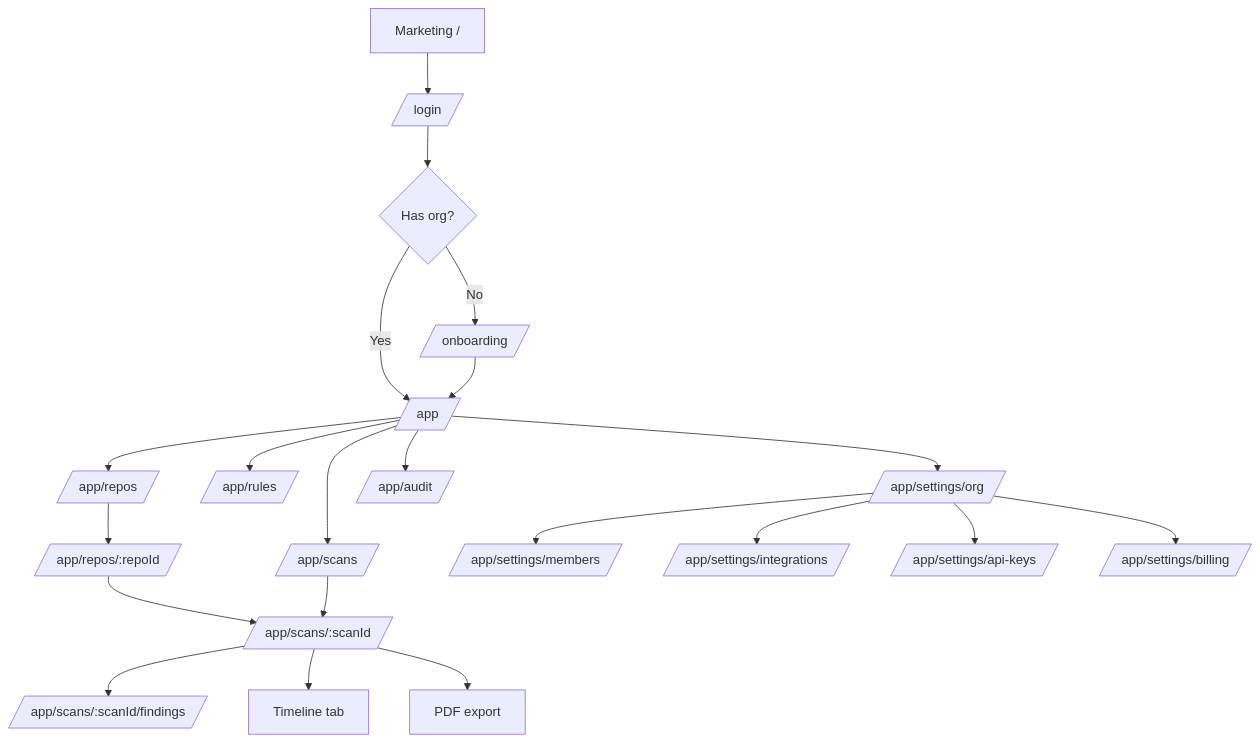
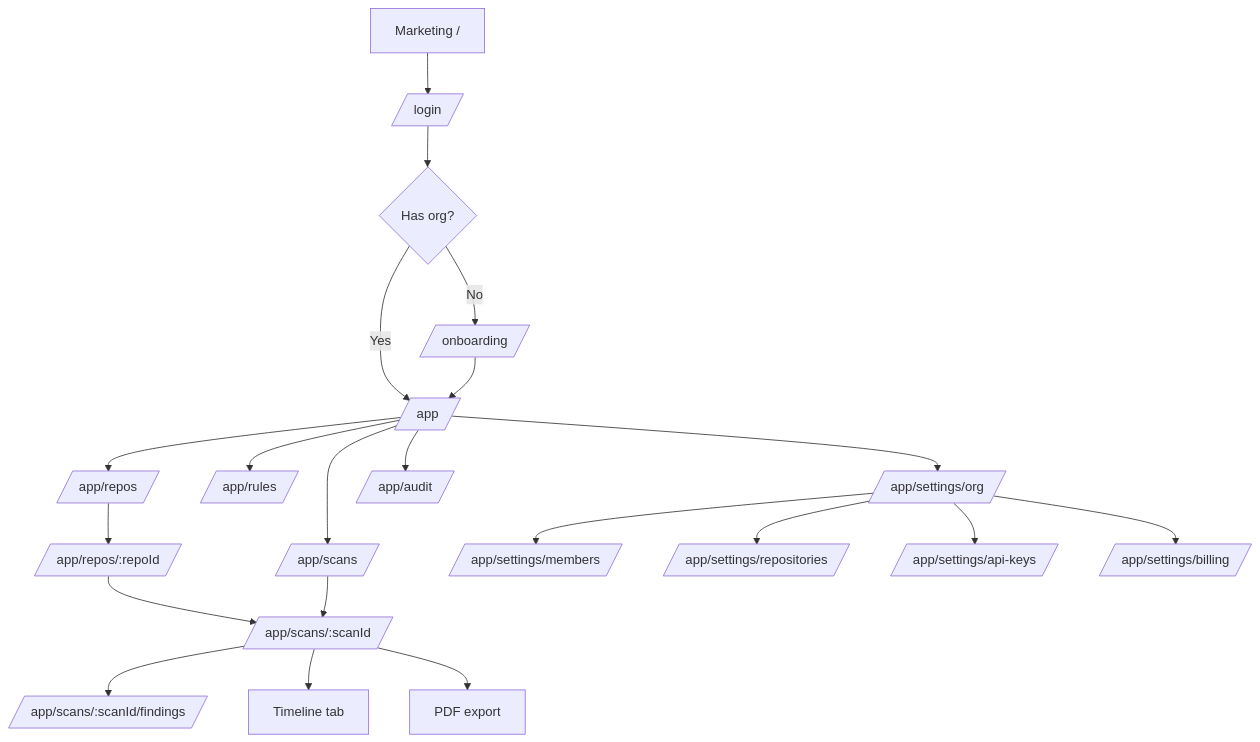
One commit to darshan192004/dpdp-auditor changed the diagram in docs/design.md. Above: the diagram before and after it, drawn with Mermaid. The commit also changed other lines of this file and 7 other files, not shown here.

````diff
--- a/docs/design.md
+++ b/docs/design.md
@@ -34,26 +34,26 @@
 ```mermaid
 flowchart TD
   L[Marketing /] --> Login[/login/]
   Login --> Onboard{Has org?}
   Onboard -->|No| Onboarding[/onboarding/]
   Onboard -->|Yes| Dashboard[/app/]
   Onboarding --> Dashboard
 
   Dashboard --> Repos[/app/repos/]
   Dashboard --> Scans[/app/scans/]
   Dashboard --> Rules[/app/rules/]
 
   Repos --> RepoDetail[/app/repos/:repoId/]
   RepoDetail --> ScanDetail[/app/scans/:scanId/]
   Scans --> ScanDetail
   ScanDetail --> Findings[/app/scans/:scanId/findings/]
   ScanDetail --> Timeline[Timeline tab]
   ScanDetail --> Report[PDF export]
 
   Dashboard --> Settings[/app/settings/org/]
   Settings --> Members[/app/settings/members/]
-  Settings --> Integrations[/app/settings/integrations/]
+  Settings --> Repositories[/app/settings/repositories/]
   Settings --> ApiKeys[/app/settings/api-keys/]
   Settings --> Billing[/app/settings/billing/]
   Dashboard --> Audit[/app/audit/]
 ```
````
